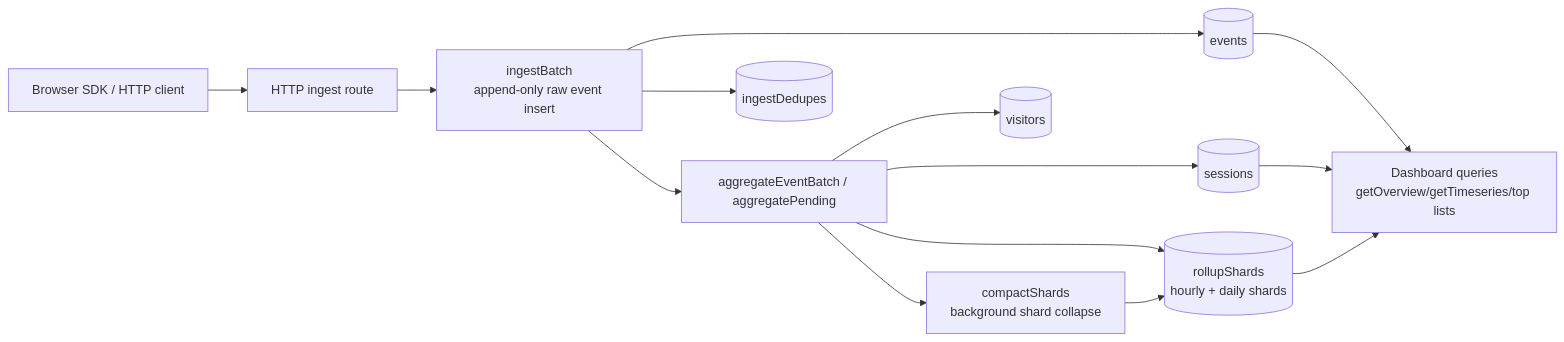
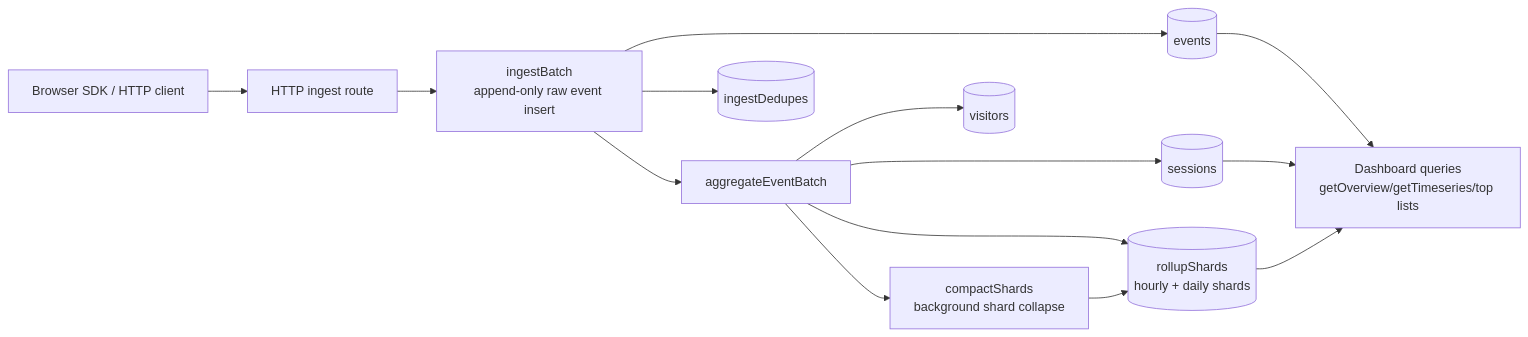
One commit to Abdssamie/convex-analytics changed the diagram in README.md. Above: the diagram before and after it, drawn with Mermaid. The commit also changed other lines of this file and 4 other files, not shown here.

Commit message:
refactor: remove aggregate pending repair path

````diff
--- a/README.md
+++ b/README.md
@@ -32,16 +32,16 @@
 ```mermaid
 flowchart LR
     Browser["Browser SDK / HTTP client"] --> Http["HTTP ingest route"]
     Http --> Ingest["ingestBatch\nappend-only raw event insert"]
     Ingest --> Events[("events")]
     Ingest --> Dedupe[("ingestDedupes")]
-    Ingest --> Worker["aggregateEventBatch / aggregatePending"]
+    Ingest --> Worker["aggregateEventBatch"]
     Worker --> Visitors[("visitors")]
     Worker --> Sessions[("sessions")]
     Worker --> Rollups[("rollupShards\nhourly + daily shards")]
     Worker --> Compaction["compactShards\nbackground shard collapse"]
     Compaction --> Rollups
     Rollups --> Dashboard["Dashboard queries\ngetOverview/getTimeseries/top lists"]
     Events --> Dashboard
     Sessions --> Dashboard
 ```
````
